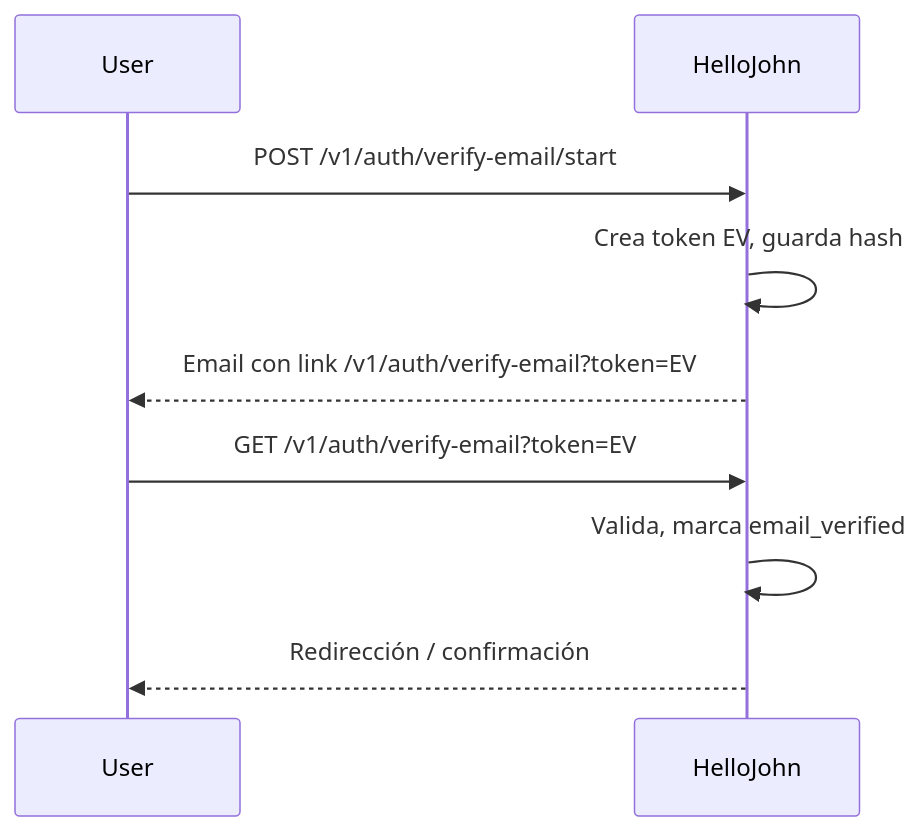
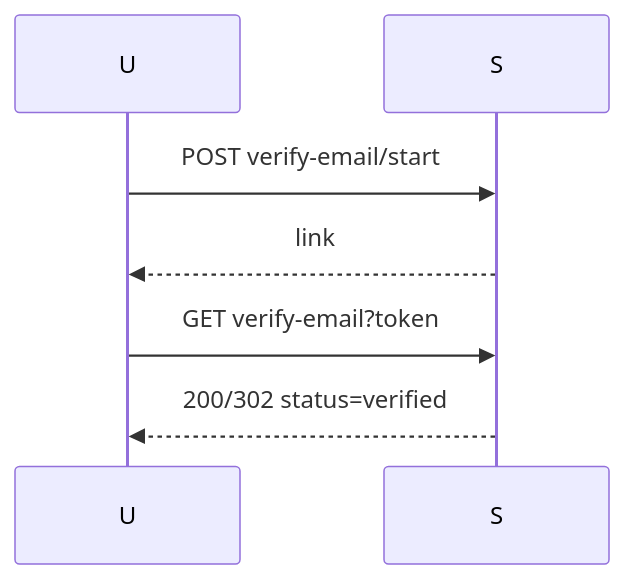
One commit to dropDatabas3/hellojohn changed the fifth of 6 diagrams in README.md. Above: the diagram before and after it, drawn with Mermaid. The commit also changed other lines of this file and 32 other files, not shown here.

````diff
--- a/README.md
+++ b/README.md
@@ -146,11 +182,7 @@
 ```mermaid
 sequenceDiagram
-  participant U as User
-  participant S as HelloJohn
-  U->>S: POST /v1/auth/verify-email/start
-  S->>S: Crea token EV, guarda hash
-  S-->>U: Email con link /v1/auth/verify-email?token=EV
-  U->>S: GET /v1/auth/verify-email?token=EV
-  S->>S: Valida, marca email_verified
-  S-->>U: Redirección / confirmación
+U->>S: POST verify-email/start
+S-->>U: link
+U->>S: GET verify-email?token
+S-->>U: 200/302 status=verified
 ```
````
